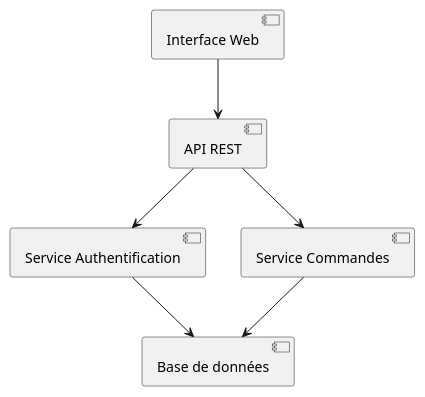
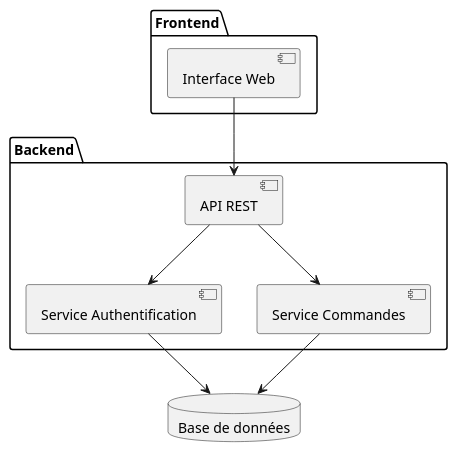
Before and after one commit to JR-CIEL-2-PROGRAMMATION/uml-learning: the third of 6 diagrams in 07-diagramme-composants-deploiement/notes.md, drawn with PlantUML. The commit also changed other lines of this file and 5 other files, not shown here.

````diff
--- a/07-diagramme-composants-deploiement/notes.md
+++ b/07-diagramme-composants-deploiement/notes.md
@@ -32,9 +98,21 @@
 ```plantuml
 @startuml
+package "Frontend" {
+    [Interface Web]
+}
+
+package "Backend" {
+    [API REST]
+    [Service Authentification]
+    [Service Commandes]
+}
+
+database "Base de données" as DB
+
 [Interface Web] --> [API REST]
 [API REST] --> [Service Authentification]
 [API REST] --> [Service Commandes]
-[Service Authentification] --> [Base de données]
-[Service Commandes] --> [Base de données]
+[Service Authentification] --> DB
+[Service Commandes] --> DB
 @enduml
 ```
````
